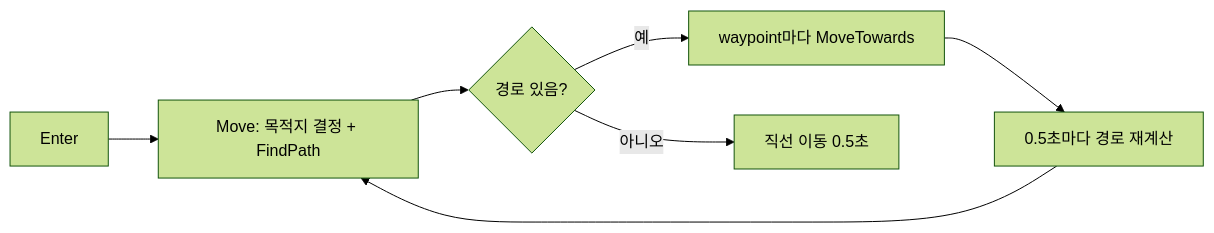
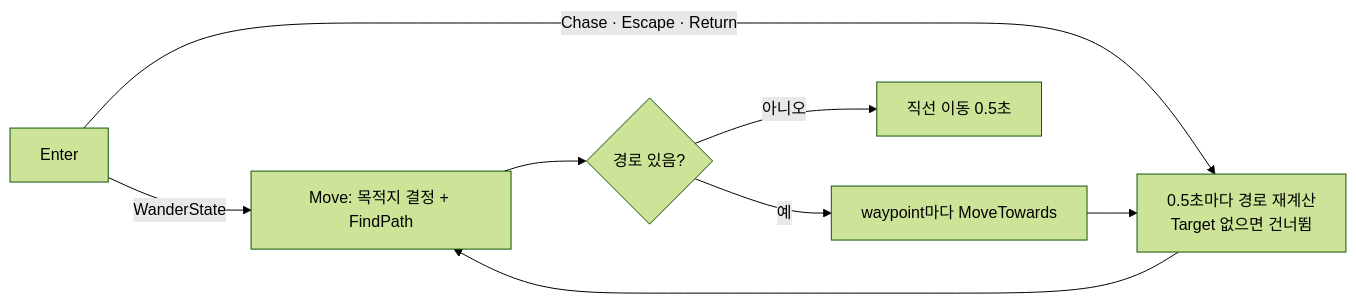
The fourth of 9 diagrams in docs/TechnicalDesign.md (Youngdu-Min/Data-Driven-Monster-AI), drawn with Mermaid (forest theme) before and after one commit.

Commit message:
기술 문서 mermaid 다이어그램을 실제 코드에 맞게 수정

````diff
--- a/docs/TechnicalDesign.md
+++ b/docs/TechnicalDesign.md
@@ -366,9 +366,10 @@
 ```mermaid
 flowchart LR
-    A[Enter] --> B[Move: 목적지 결정 + FindPath]
+    A[Enter] -- WanderState --> B[Move: 목적지 결정 + FindPath]
+    A -- Chase · Escape · Return --> F
     B --> C{경로 있음?}
     C -- 예 --> D[waypoint마다 MoveTowards]
     C -- 아니오 --> E[직선 이동 0.5초]
-    D --> F[0.5초마다 경로 재계산]
+    D --> F[0.5초마다 경로 재계산<br/>Target 없으면 건너뜀]
     F --> B
 ```
````
